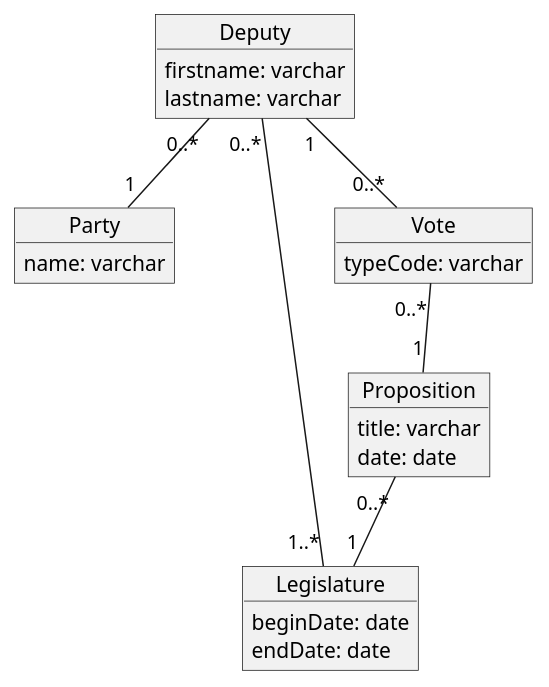
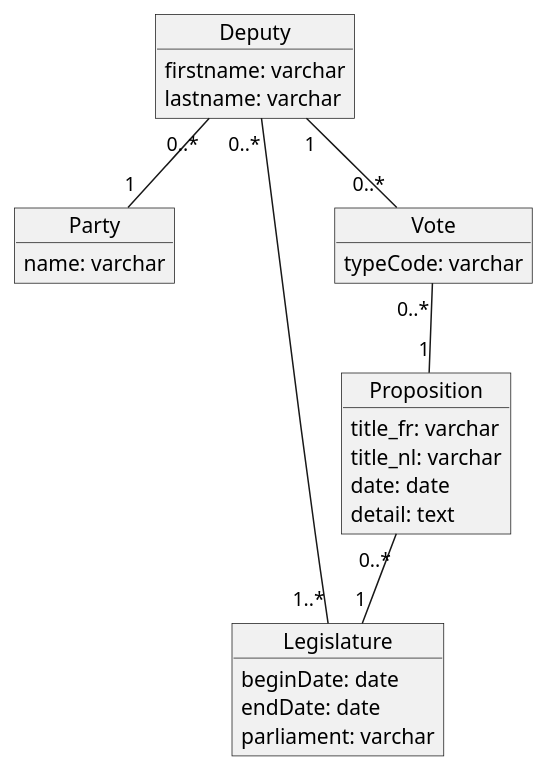
The diagram in plantUml/class.puml (FreeCaribou/ZinnekeBabeleir), drawn with PlantUML before and after one commit. The commit also changed 1 other file, not shown here.

```diff
--- a/plantUml/class.puml
+++ b/plantUml/class.puml
@@ -1,35 +1,38 @@
 @startuml class
 
 ' many type of proposition, no?
 object Proposition {
-  title: varchar
+  title_fr: varchar
+  title_nl: varchar
   date: date
+  detail: text
 }
 
 object Deputy {
   firstname: varchar
   lastname: varchar
 }
 
 object Party {
   name: varchar
 }
 
 object Legislature {
   beginDate: date 
   endDate: date
+  parliament: varchar
 }
 
 ' one code or varchar is good to understand (for|against|abstention|absent)
 object Vote {
   typeCode: varchar
 }
 
 Deputy "0..*" -- "1" Party
 Deputy "0..*" -- "1..*" Legislature
 Deputy "1" -- "0..*" Vote
 Vote "0..*" -- "1" Proposition
 Proposition "0..*" -- "1" Legislature
 
 
 @enduml
```
